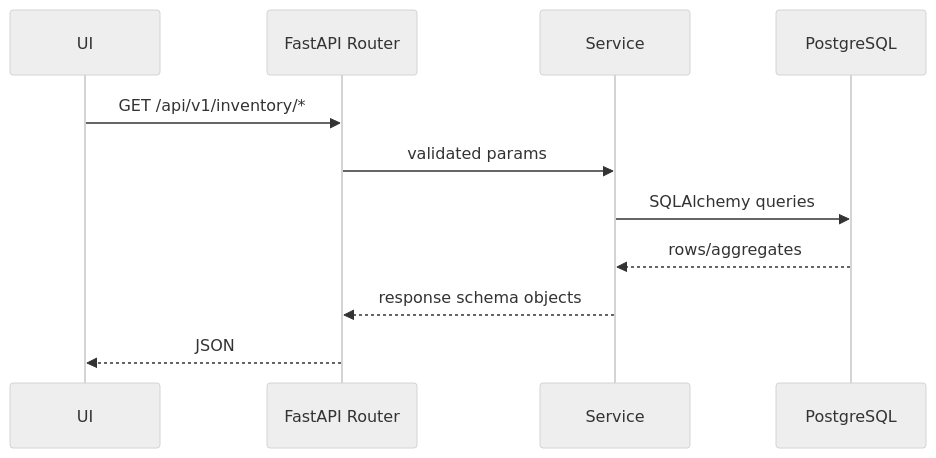
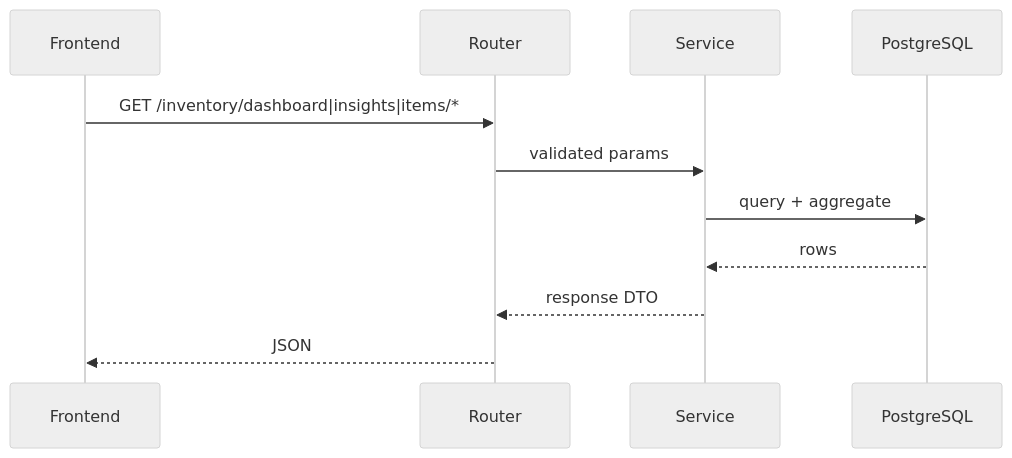
Before and after one commit to Asoatram/TeknologiGlobalAssesment: the fourth of 5 diagrams in README.md, drawn with Mermaid (neutral theme). The commit also changed other lines of this file, not shown here.

Commit message:
docs: simplify README with diagram-first architecture

````diff
--- a/README.md
+++ b/README.md
@@ -107,14 +107,14 @@
 ```mermaid
 sequenceDiagram
-    participant U as UI
-    participant API as FastAPI Router
-    participant SV as Service
+    participant FE as Frontend
+    participant API as Router
+    participant S as Service
     participant DB as PostgreSQL
 
-    U->>API: GET /api/v1/inventory/*
-    API->>SV: validated params
-    SV->>DB: SQLAlchemy queries
-    DB-->>SV: rows/aggregates
-    SV-->>API: response schema objects
-    API-->>U: JSON
+    FE->>API: GET /inventory/dashboard|insights|items/*
+    API->>S: validated params
+    S->>DB: query + aggregate
+    DB-->>S: rows
+    S-->>API: response DTO
+    API-->>FE: JSON
 ```
````
